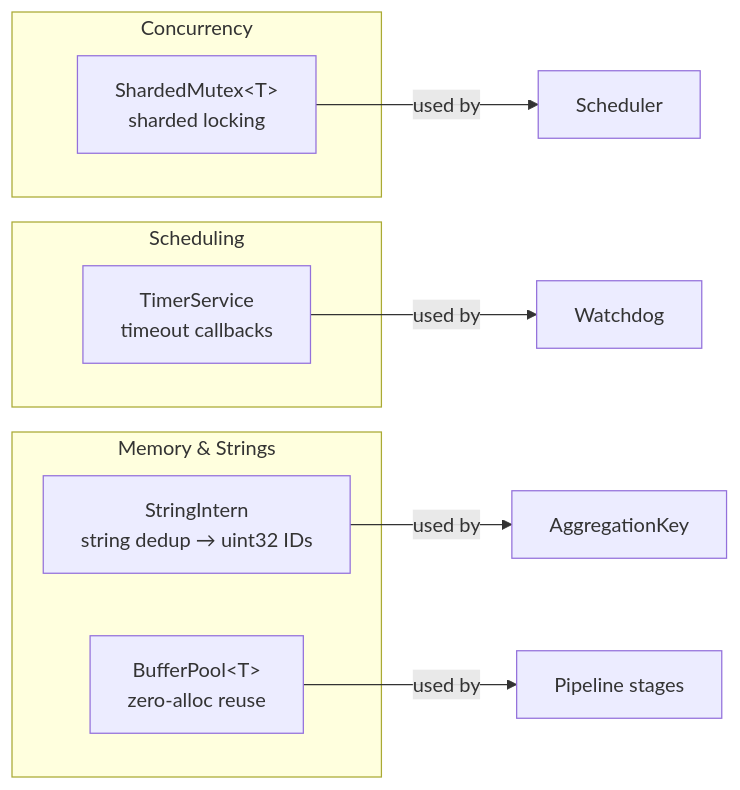
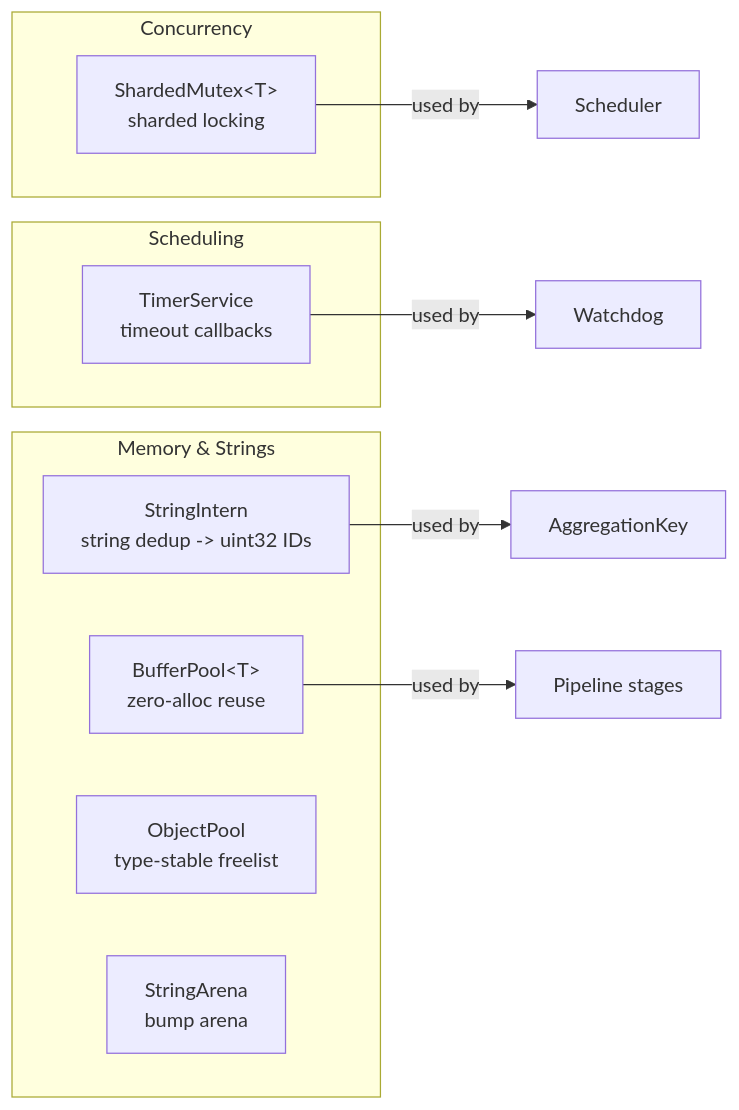
One commit to asparsa/ClarIOn changed the diagram in docs/source/cpp_api/core_infrastructure.rst. Above: the diagram before and after it, drawn with Mermaid. The commit also changed other lines of this file and 46 other files, not shown here.

```diff
--- a/docs/source/cpp_api/core_infrastructure.rst
+++ b/docs/source/cpp_api/core_infrastructure.rst
@@ -12,20 +12,22 @@
 .. mermaid::
 
    graph LR
        subgraph Concurrency["Concurrency"]
            SM["ShardedMutex&lt;T&gt;<br/>sharded locking"]
        end
 
        subgraph Scheduling["Scheduling"]
            TS["TimerService<br/>timeout callbacks"]
        end
 
        subgraph Memory["Memory & Strings"]
-           SI["StringIntern<br/>string dedup → uint32 IDs"]
+           SI["StringIntern<br/>string dedup -> uint32 IDs"]
            BP["BufferPool&lt;T&gt;<br/>zero-alloc reuse"]
+           OP["ObjectPool<br/>type-stable freelist"]
+           SA["StringArena<br/>bump arena"]
        end
 
        SM --> |used by| Scheduler["Scheduler"]
        TS --> |used by| Watchdog["Watchdog"]
        SI --> |used by| AggKey["AggregationKey"]
        BP --> |used by| Pipeline["Pipeline stages"]
```
